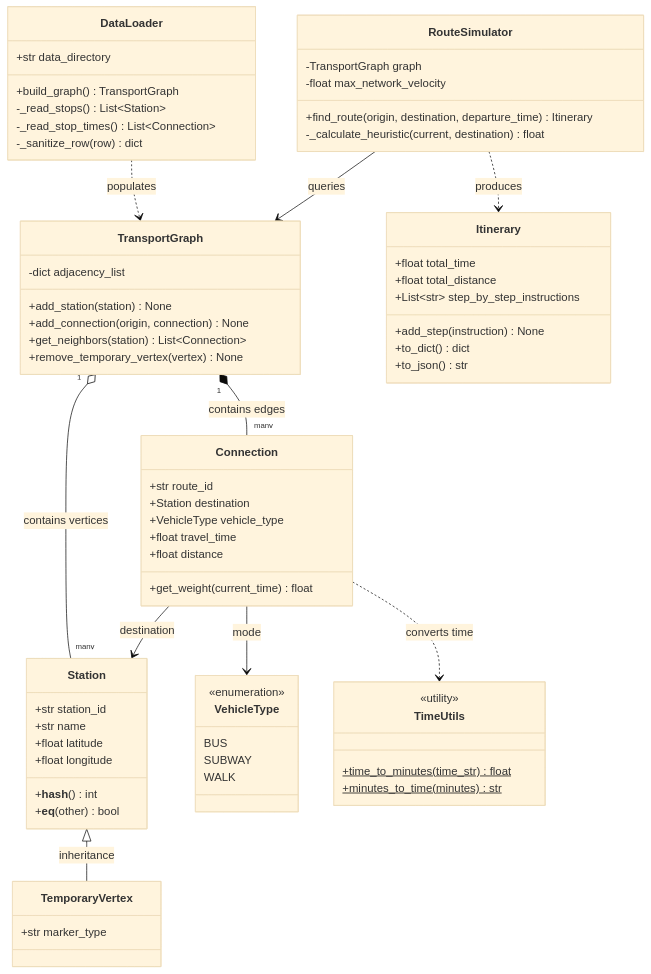
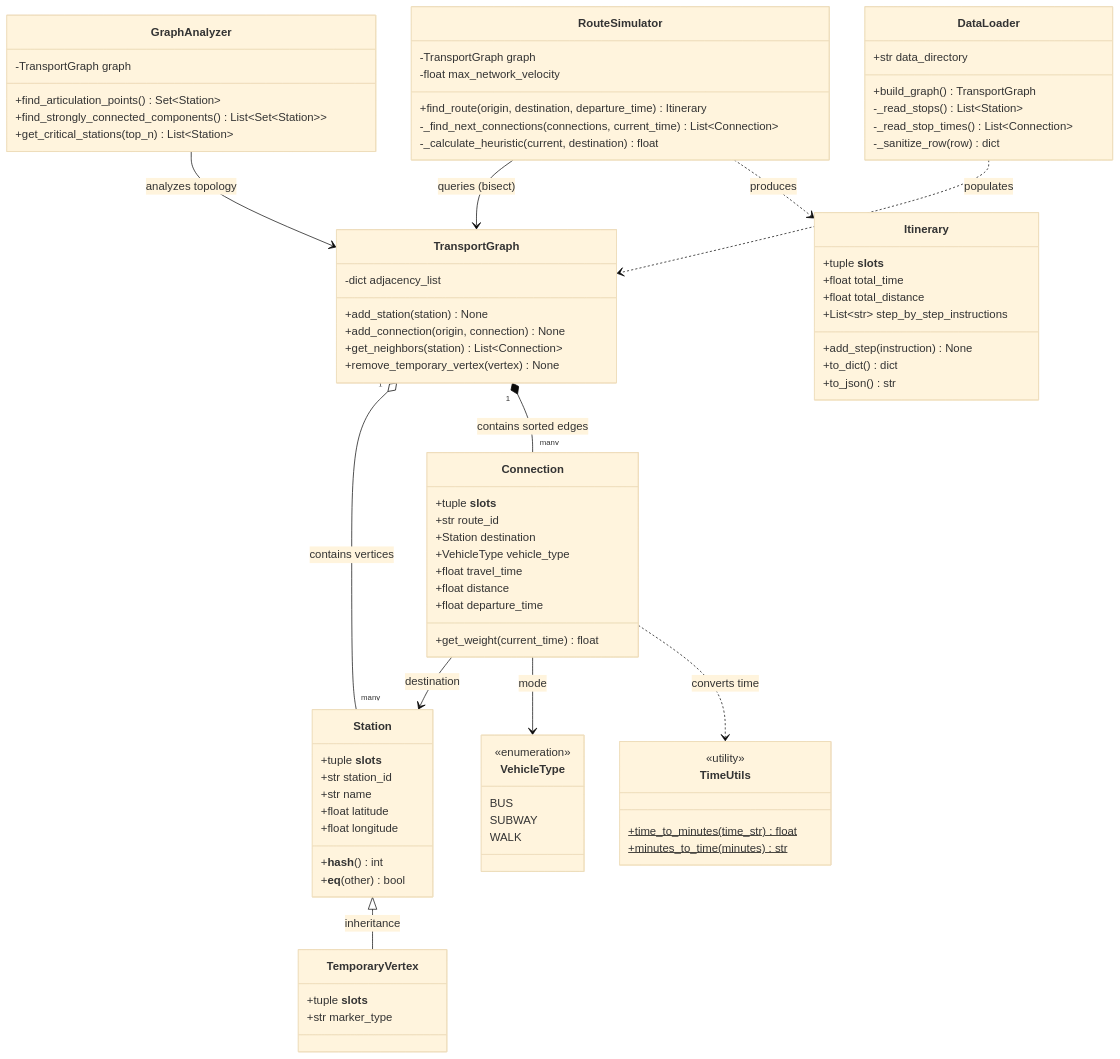
Before and after one commit to Luizfmaia10-dev/TP-Grafos: the diagram in Artefatos/Diagramas/diagrama-classes.md, drawn with Mermaid (base theme). The commit also changed 2 other files, not shown here.

Commit message:
docs: specify __slots__, bisect temporal lookup, and GraphAnalyzer in architecture docs

````diff
--- a/Artefatos/Diagramas/diagrama-classes.md
+++ b/Artefatos/Diagramas/diagrama-classes.md
@@ -12,6 +12,7 @@
     }
 
     class Station {
+        +tuple __slots__
         +str station_id
         +str name
         +float latitude
@@ -21,15 +22,18 @@
     }
 
     class TemporaryVertex {
+        +tuple __slots__
         +str marker_type
     }
 
     class Connection {
+        +tuple __slots__
         +str route_id
         +Station destination
         +VehicleType vehicle_type
         +float travel_time
         +float distance
+        +float departure_time
         +get_weight(current_time) float
     }
 
@@ -50,6 +54,7 @@
     }
 
     class Itinerary {
+        +tuple __slots__
         +float total_time
         +float total_distance
         +List~str~ step_by_step_instructions
@@ -68,7 +73,15 @@
         -TransportGraph graph
         -float max_network_velocity
         +find_route(origin, destination, departure_time) Itinerary
+        -_find_next_connections(connections, current_time) List~Connection~
         -_calculate_heuristic(current, destination) float
+    }
+
+    class GraphAnalyzer {
+        -TransportGraph graph
+        +find_articulation_points() Set~Station~
+        +find_strongly_connected_components() List~Set~Station~~
+        +get_critical_stations(top_n) List~Station~
     }
 
     %% Relationships
@@ -76,9 +89,10 @@
     Connection --> Station : destination
     Connection --> VehicleType : mode
     TransportGraph "1" o-- "many" Station : contains vertices
-    TransportGraph "1" *-- "many" Connection : contains edges
-    RouteSimulator --> TransportGraph : queries
+    TransportGraph "1" *-- "many" Connection : contains sorted edges
+    RouteSimulator --> TransportGraph : queries (bisect)
     RouteSimulator ..> Itinerary : produces
+    GraphAnalyzer --> TransportGraph : analyzes topology
     DataLoader ..> TransportGraph : populates
     Connection ..> TimeUtils : converts time
 ```
````
